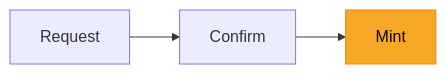
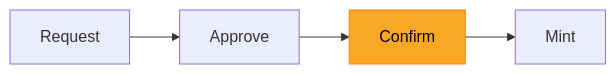
The fourth of 5 diagrams in design/src/deposit.md (MystenLabs/hashi), drawn with Mermaid before and after one commit. The commit also changed other lines of this file and 19 other files, not shown here.

````diff
--- a/design/src/deposit.md
+++ b/design/src/deposit.md
@@ -104,5 +128,5 @@
 ```mermaid
 graph LR
-    A[Request] --> B[Confirm] --> C[Mint]:::active
+    A[Request] --> B[Approve] --> C[Confirm]:::active --> D[Mint]
     classDef active fill:#f9a825,stroke:#f57f17,color:#000
 ```
````
